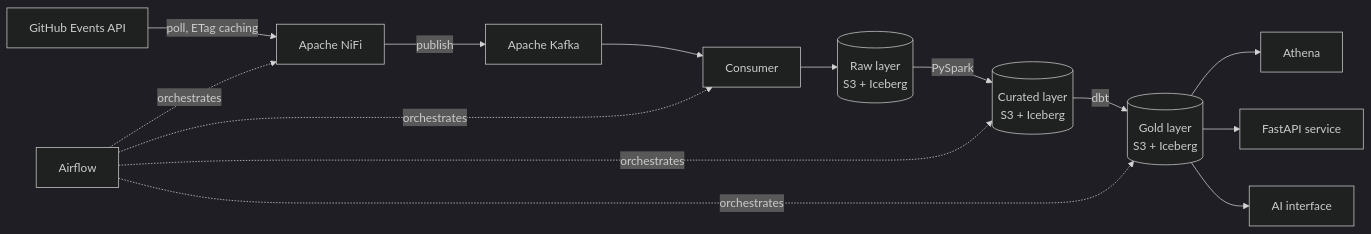
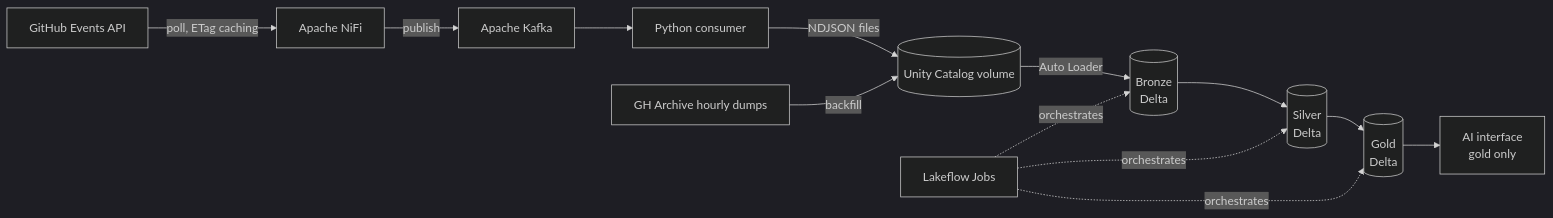
The diagram in README.md (dysartcoal/gitpulse), drawn with Mermaid (dark theme) before and after one commit. The commit also changed other lines of this file, not shown here.

````diff
--- a/README.md
+++ b/README.md
@@ -17,16 +19,15 @@
 ```mermaid
 flowchart LR
     GH[GitHub Events API] -->|poll, ETag caching| NiFi[Apache NiFi]
     NiFi -->|publish| Kafka[Apache Kafka]
-    Kafka --> Consumer[Consumer]
-    Consumer --> Raw[(Raw layer\nS3 + Iceberg)]
-    Raw -->|PySpark| Curated[(Curated layer\nS3 + Iceberg)]
-    Curated -->|dbt| Gold[(Gold layer\nS3 + Iceberg)]
-    Gold --> Athena[Athena]
-    Gold --> API[FastAPI service]
-    Gold --> AI[AI interface]
-    Airflow[Airflow] -.orchestrates.-> NiFi
-    Airflow -.orchestrates.-> Consumer
-    Airflow -.orchestrates.-> Curated
-    Airflow -.orchestrates.-> Gold
+    Kafka --> Consumer[Python consumer]
+    Consumer -->|NDJSON files| Volume[(Unity Catalog volume)]
+    GHA[GH Archive hourly dumps] -->|backfill| Volume
+    Volume -->|Auto Loader| Bronze[(Bronze\nDelta)]
+    Bronze --> Silver[(Silver\nDelta)]
+    Silver --> Gold[(Gold\nDelta)]
+    Gold --> AI[AI interface\ngold only]
+    Jobs[Lakeflow Jobs] -.orchestrates.-> Bronze
+    Jobs -.orchestrates.-> Silver
+    Jobs -.orchestrates.-> Gold
 ```
````
